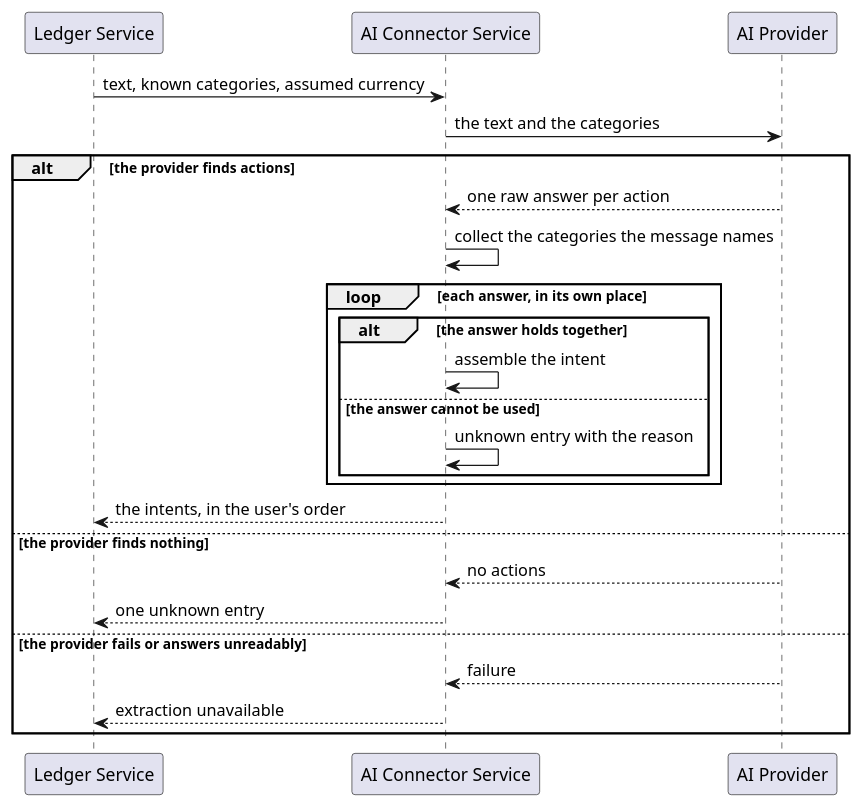
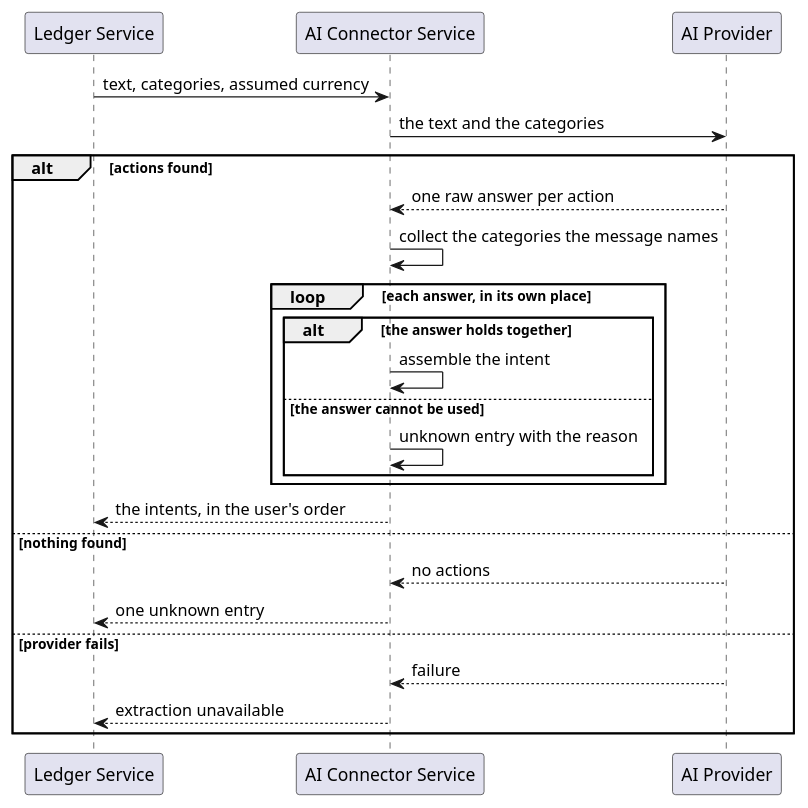
One commit to ds-usova/finance-bot changed the diagram in ai-connector-service/docs/usecases/extract-intents.md. Above: the diagram before and after it, drawn with PlantUML. The commit also changed other lines of this file and 1 other file, not shown here.

````diff
--- a/ai-connector-service/docs/usecases/extract-intents.md
+++ b/ai-connector-service/docs/usecases/extract-intents.md
@@ -59,29 +52,29 @@
 ```plantuml
 @startuml ExtractIntents-Sequence
 participant "Ledger Service" as Caller
 participant "AI Connector Service" as Service
 participant "AI Provider" as Provider
 
-Caller -> Service : text, known categories, assumed currency
+Caller -> Service : text, categories, assumed currency
 Service -> Provider : the text and the categories
 
-alt the provider finds actions
+alt actions found
     Provider --> Service : one raw answer per action
     Service -> Service : collect the categories the message names
     loop each answer, in its own place
         alt the answer holds together
             Service -> Service : assemble the intent
         else the answer cannot be used
             Service -> Service : unknown entry with the reason
         end
     end
     Service --> Caller : the intents, in the user's order
-else the provider finds nothing
+else nothing found
     Provider --> Service : no actions
     Service --> Caller : one unknown entry
-else the provider fails or answers unreadably
+else provider fails
     Provider --> Service : failure
     Service --> Caller : extraction unavailable
 end
 @enduml
 ```
````
